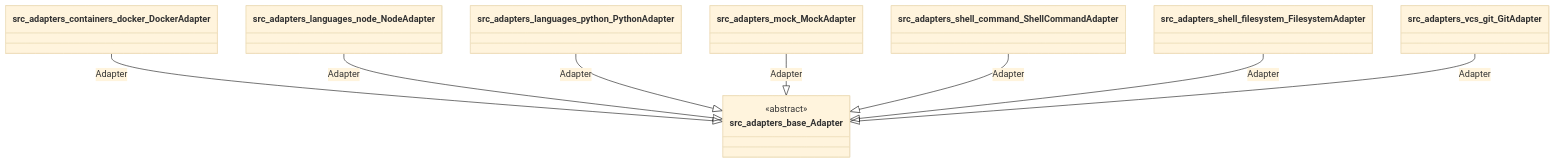
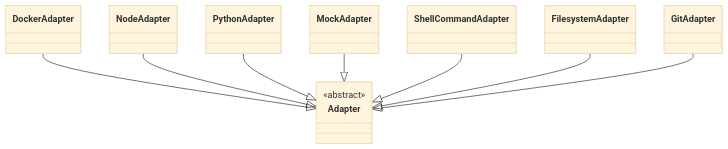
The fifth of 35 diagrams in docs/diagrams/class_architecture.md (cyberpunk042/devops-control-plane), drawn with Mermaid (base theme) before and after one commit. The commit also changed other lines of this file and 3 other files, not shown here.

````diff
--- a/docs/diagrams/class_architecture.md
+++ b/docs/diagrams/class_architecture.md
@@ -223,30 +223,30 @@
 ```mermaid
 classDiagram
     direction TD
 
-    class src_adapters_base_Adapter {
+    class Adapter {
         <<abstract>>
     }
-    class src_adapters_containers_docker_DockerAdapter {
+    class DockerAdapter {
     }
-    class src_adapters_shell_filesystem_FilesystemAdapter {
+    class FilesystemAdapter {
     }
-    class src_adapters_vcs_git_GitAdapter {
+    class GitAdapter {
     }
-    class src_adapters_mock_MockAdapter {
+    class MockAdapter {
     }
-    class src_adapters_languages_node_NodeAdapter {
+    class NodeAdapter {
     }
-    class src_adapters_languages_python_PythonAdapter {
+    class PythonAdapter {
     }
-    class src_adapters_shell_command_ShellCommandAdapter {
+    class ShellCommandAdapter {
     }
 
-    src_adapters_containers_docker_DockerAdapter --|> src_adapters_base_Adapter : Adapter
-    src_adapters_languages_node_NodeAdapter --|> src_adapters_base_Adapter : Adapter
-    src_adapters_languages_python_PythonAdapter --|> src_adapters_base_Adapter : Adapter
-    src_adapters_mock_MockAdapter --|> src_adapters_base_Adapter : Adapter
-    src_adapters_shell_command_ShellCommandAdapter --|> src_adapters_base_Adapter : Adapter
-    src_adapters_shell_filesystem_FilesystemAdapter --|> src_adapters_base_Adapter : Adapter
-    src_adapters_vcs_git_GitAdapter --|> src_adapters_base_Adapter : Adapter
+    DockerAdapter --|> Adapter
+    NodeAdapter --|> Adapter
+    PythonAdapter --|> Adapter
+    MockAdapter --|> Adapter
+    ShellCommandAdapter --|> Adapter
+    FilesystemAdapter --|> Adapter
+    GitAdapter --|> Adapter
 ```
````
